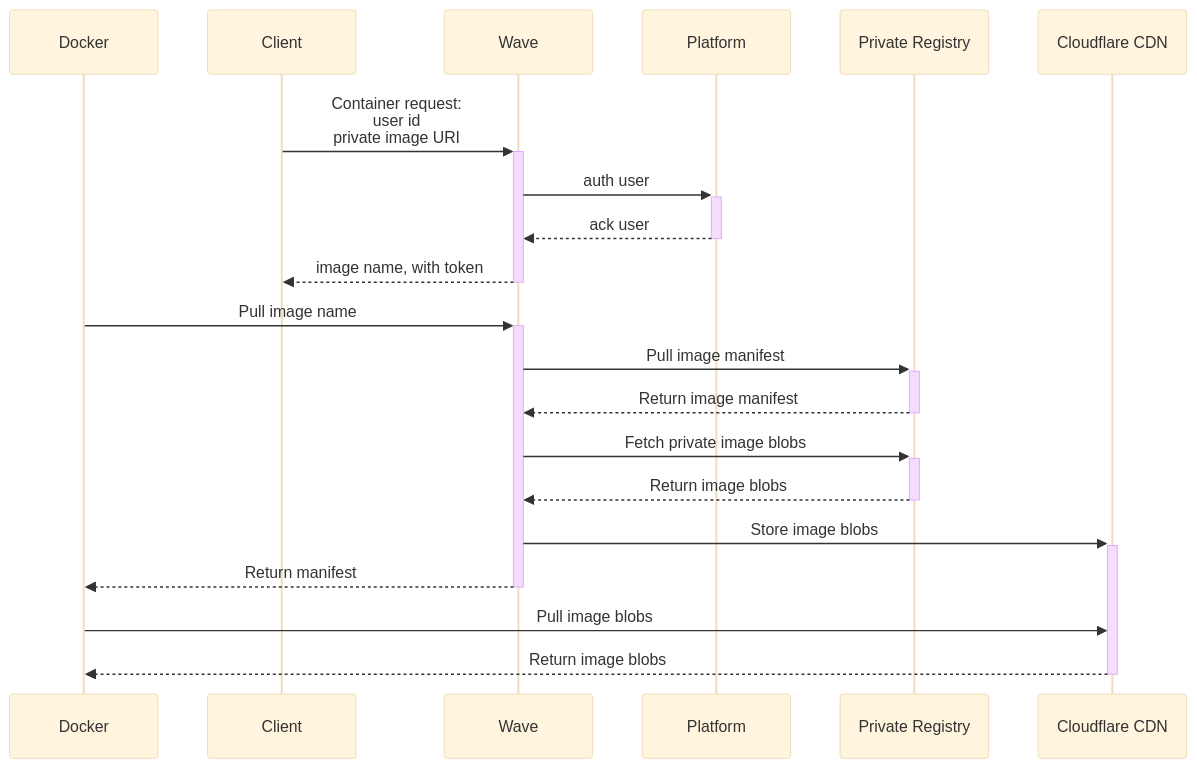
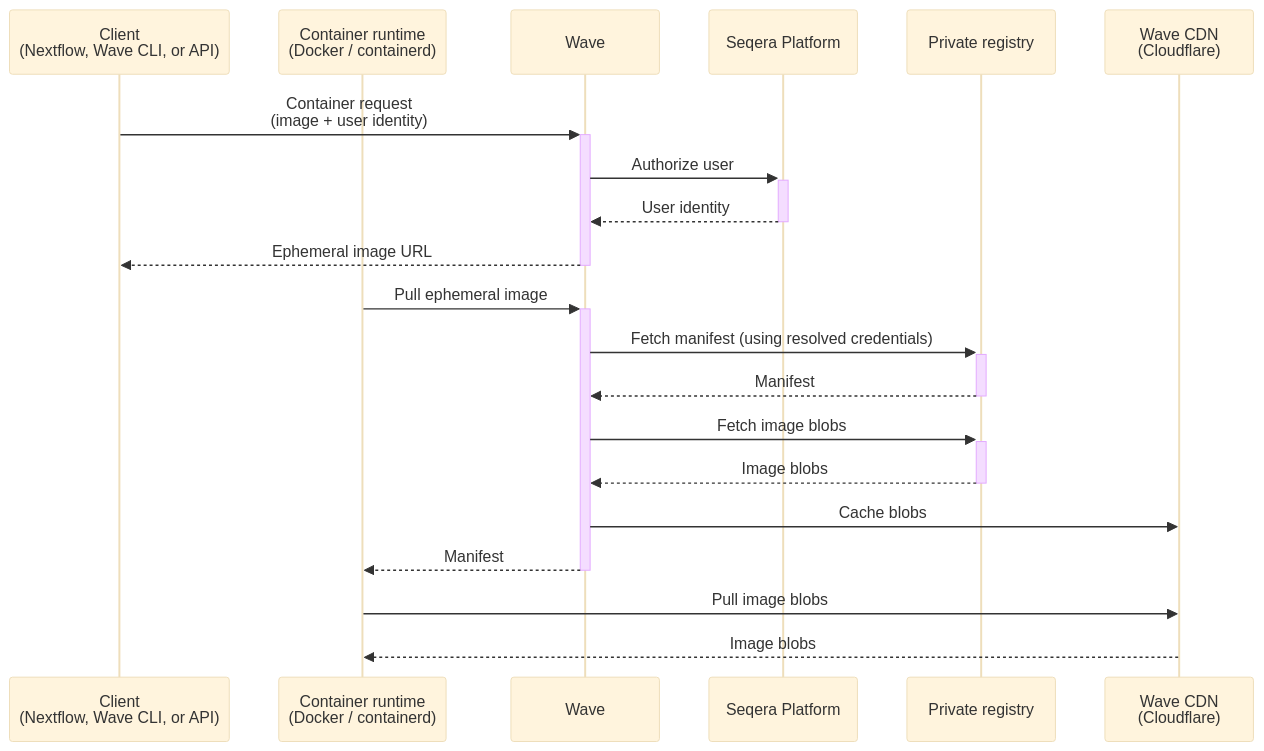
Before and after one commit to seqeralabs/wave: the diagram in docs/features/authentication.mdx, drawn with Mermaid (base theme). The commit also changed other lines of this file and 19 other files, not shown here.

````diff
--- a/docs/features/authentication.mdx
+++ b/docs/features/authentication.mdx
@@ -37,25 +33,25 @@
 ```mermaid
 sequenceDiagram
-    participant Docker
-    participant Client
-    participant Wave
-    participant Platform
-    participant Private Registry
-    participant Cloudflare CDN
+    participant C as Client<br/>(Nextflow, Wave CLI, or API)
+    participant RT as Container runtime<br/>(Docker / containerd)
+    participant W as Wave
+    participant P as Seqera Platform
+    participant R as Private registry
+    participant CDN as Wave CDN<br/>(Cloudflare)
 
-    Client->>+Wave: Container request:<br/>user id<br/>private image URI
-    Wave->>+Platform: auth user
-    Platform-->>-Wave: ack user
-    Wave-->>-Client: image name, with token
+    C->>+W: Container request<br/>(image + user identity)
+    W->>+P: Authorize user
+    P-->>-W: User identity
+    W-->>-C: Ephemeral image URL
 
-    Docker->>+Wave: Pull image name
-    Wave->>+Private Registry: Pull image manifest
-    Private Registry-->>-Wave: Return image manifest
-    Wave->>+Private Registry: Fetch private image blobs
-    Private Registry-->>-Wave: Return image blobs
-    Wave->>+Cloudflare CDN: Store image blobs
-    Wave-->>-Docker: Return manifest
+    RT->>+W: Pull ephemeral image
+    W->>+R: Fetch manifest (using resolved credentials)
+    R-->>-W: Manifest
+    W->>+R: Fetch image blobs
+    R-->>-W: Image blobs
+    W->>CDN: Cache blobs
+    W-->>-RT: Manifest
 
-    Docker->>Cloudflare CDN: Pull image blobs
-    Cloudflare CDN-->>-Docker: Return image blobs
+    RT->>CDN: Pull image blobs
+    CDN-->>RT: Image blobs
 ```
````
